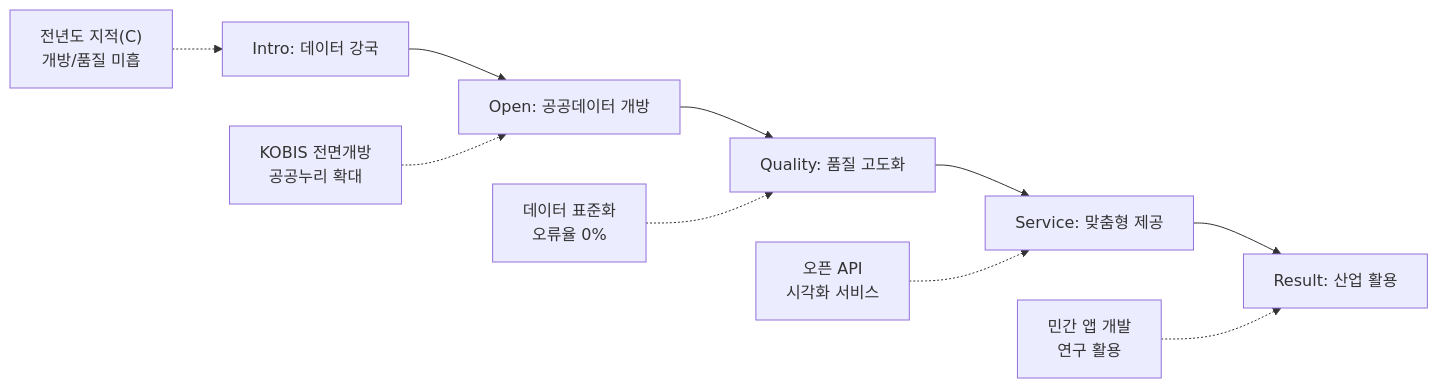
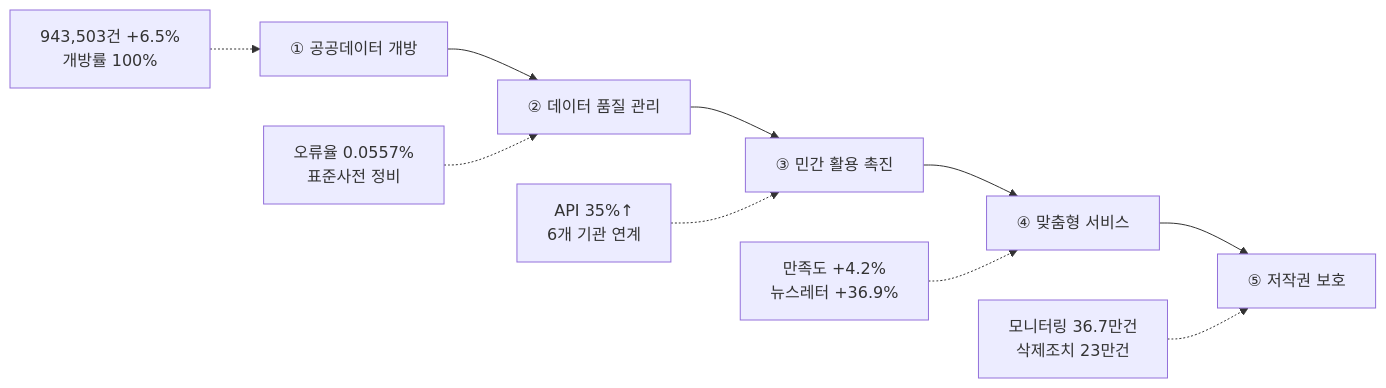
One commit to lizard4r/eval25 changed the diagram in content/25년 경평/2_지표별 자료/1-12_공공정보_개방_및_활용/5_지표_작성_방안.md. Above: the diagram before and after it, drawn with Mermaid. The commit also changed other lines of this file and 15 other files, not shown here.

````diff
--- a/content/25년 경평/2_지표별 자료/1-12_공공정보_개방_및_활용/5_지표_작성_방안.md
+++ b/content/25년 경평/2_지표별 자료/1-12_공공정보_개방_및_활용/5_지표_작성_방안.md
@@ -65,13 +65,13 @@
 ```mermaid
 graph LR
-    A["Intro: 데이터 강국"] --> B["Open: 공공데이터 개방"]
-    B --> C["Quality: 품질 고도화"]
-    C --> D["Service: 맞춤형 제공"]
-    D --> E["Result: 산업 활용"]
+    A[① 공공데이터 개방] --> B[② 데이터 품질 관리]
+    B --> C[③ 민간 활용 촉진]
+    C --> D[④ 맞춤형 서비스]
+    D --> E[⑤ 저작권 보호]
     
-    A1["전년도 지적(C)<br>개방/품질 미흡"] -.-> A
-    B1["KOBIS 전면개방<br>공공누리 확대"] -.-> B
-    C1["데이터 표준화<br>오류율 0%"] -.-> C
-    D1["오픈 API<br>시각화 서비스"] -.-> D
-    E1["민간 앱 개발<br>연구 활용"] -.-> E
+    A1[943,503건 +6.5%<br>개방률 100%] -.-> A
+    B1[오류율 0.0557%<br>표준사전 정비] -.-> B
+    C1[API 35%↑<br>6개 기관 연계] -.-> C
+    D1[만족도 +4.2%<br>뉴스레터 +36.9%] -.-> D
+    E1[모니터링 36.7만건<br>삭제조치 23만건] -.-> E
 ```
````
